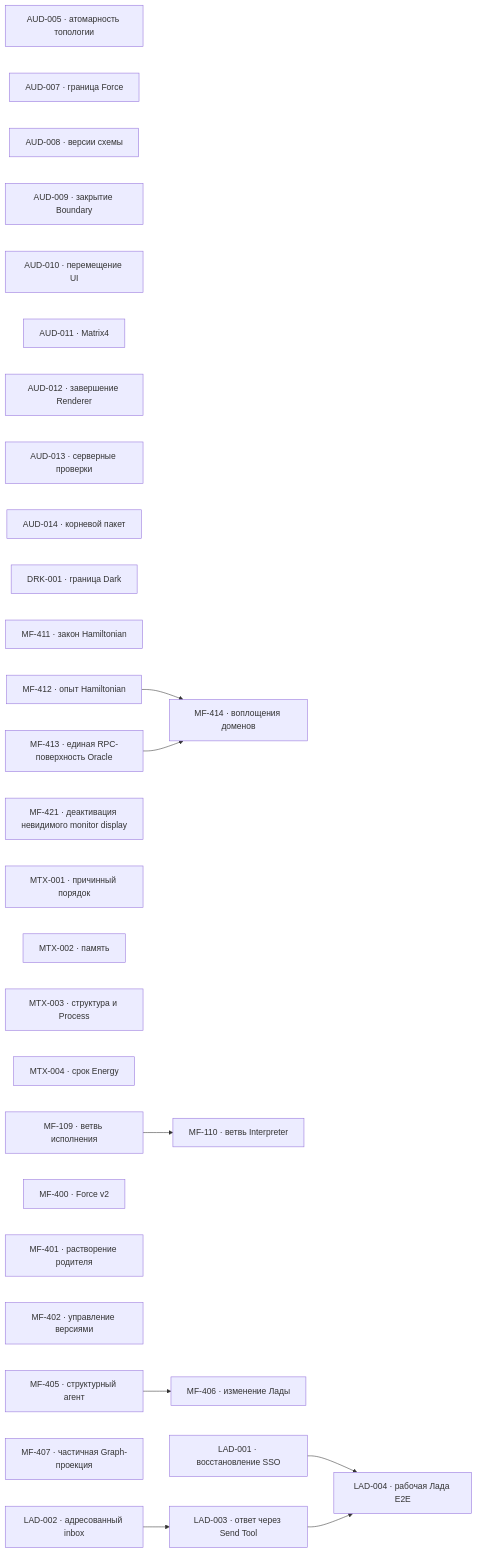
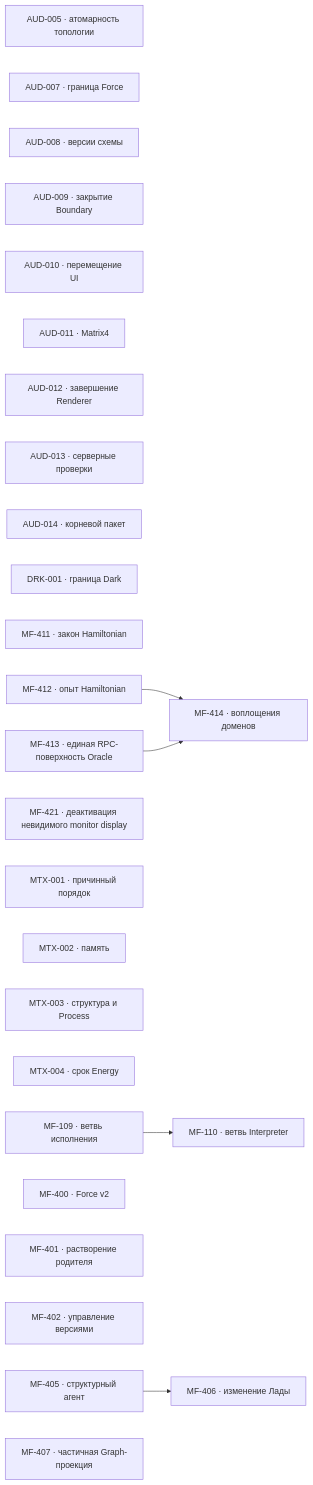
One commit to zavx0z/metafor changed the first of 2 diagrams in project/TODO.md. Above: the diagram before and after it, drawn with Mermaid. The commit also changed other lines of this file and 20 other files, not shown here.

Commit message:
chore(project): move Lada work graph to owning Meta

````diff
--- a/project/TODO.md
+++ b/project/TODO.md
@@ -13,41 +13,34 @@
 ```mermaid
 flowchart LR
     AUD005["AUD-005 · атомарность топологии"]
     AUD007["AUD-007 · граница Force"]
     AUD008["AUD-008 · версии схемы"]
     AUD009["AUD-009 · закрытие Boundary"]
     AUD010["AUD-010 · перемещение UI"]
     AUD011["AUD-011 · Matrix4"]
     AUD012["AUD-012 · завершение Renderer"]
     AUD013["AUD-013 · серверные проверки"]
     AUD014["AUD-014 · корневой пакет"]
     DRK001["DRK-001 · граница Dark"]
     MF411["MF-411 · закон Hamiltonian"]
     MF412["MF-412 · опыт Hamiltonian"]
     MF413["MF-413 · единая RPC-поверхность Oracle"]
     MF414["MF-414 · воплощения доменов"]
     MF421["MF-421 · деактивация невидимого monitor display"]
     MTX001["MTX-001 · причинный порядок"]
     MTX002["MTX-002 · память"]
     MTX003["MTX-003 · структура и Process"]
     MTX004["MTX-004 · срок Energy"]
     MF109["MF-109 · ветвь исполнения"]
     MF110["MF-110 · ветвь Interpreter"]
     MF400["MF-400 · Force v2"]
     MF401["MF-401 · растворение родителя"]
     MF402["MF-402 · управление версиями"]
     MF405["MF-405 · структурный агент"]
     MF406["MF-406 · изменение Лады"]
     MF407["MF-407 · частичная Graph-проекция"]
-    LAD001["LAD-001 · восстановление SSO"]
-    LAD002["LAD-002 · адресованный inbox"]
-    LAD003["LAD-003 · ответ через Send Tool"]
-    LAD004["LAD-004 · рабочая Лада E2E"]
     MF109 --> MF110
     MF405 --> MF406
     MF412 --> MF414
     MF413 --> MF414
-    LAD002 --> LAD003
-    LAD001 --> LAD004
-    LAD003 --> LAD004
 ```
````
